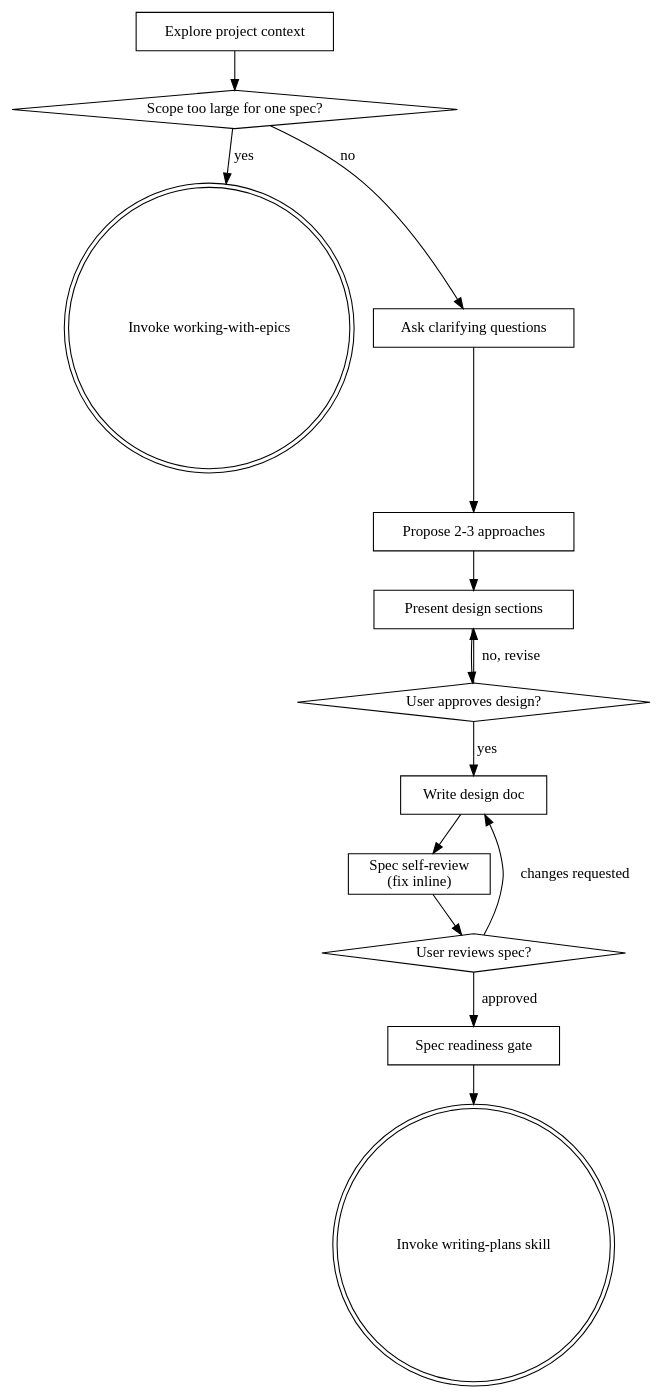
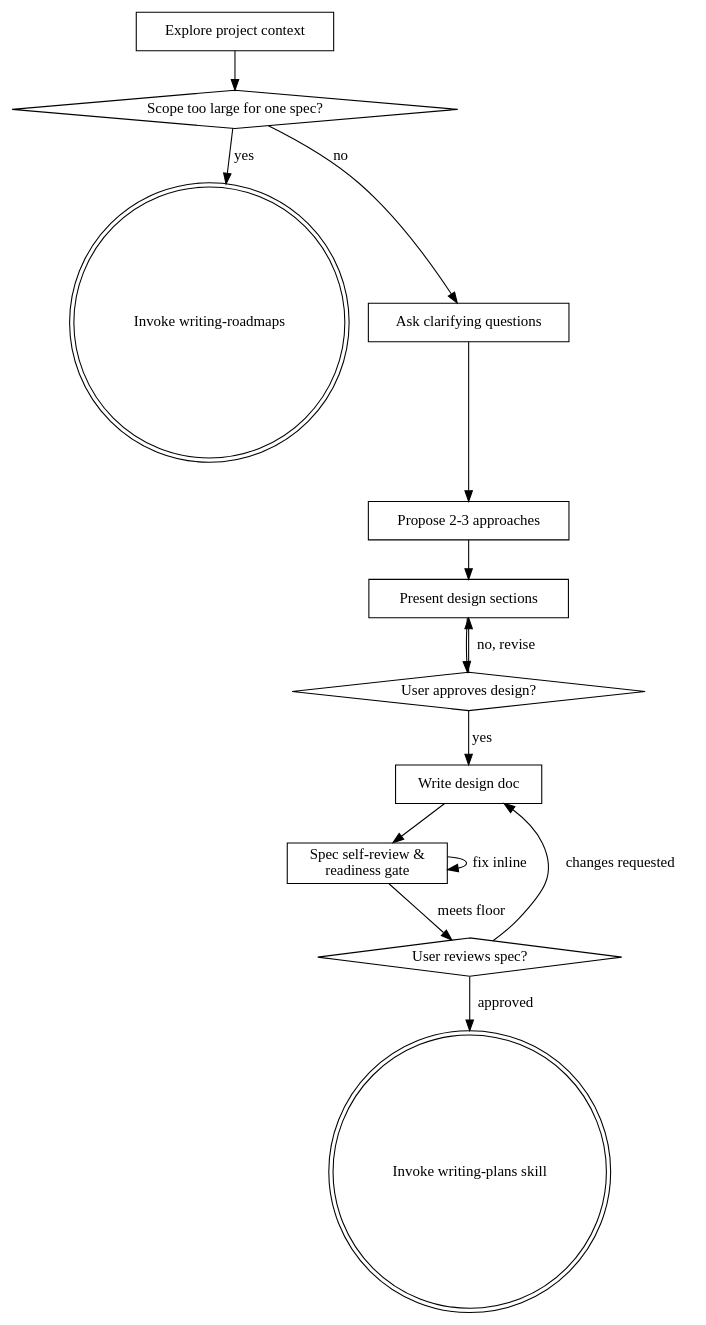
One commit to HarleyBartles/wild-bunch changed the diagram in .agents/skills/brainstorming/SKILL.md. Above: the diagram before and after it, drawn with Graphviz. The commit also changed other lines of this file and 716 other files, not shown here.

````diff
--- a/.agents/skills/brainstorming/SKILL.md
+++ b/.agents/skills/brainstorming/SKILL.md
@@ -62,30 +63,29 @@
 ```dot
 digraph brainstorming {
     "Explore project context" [shape=box];
     "Scope too large for one spec?" [shape=diamond];
-    "Invoke working-with-epics" [shape=doublecircle];
+    "Invoke writing-roadmaps" [shape=doublecircle];
     "Ask clarifying questions" [shape=box];
     "Propose 2-3 approaches" [shape=box];
     "Present design sections" [shape=box];
     "User approves design?" [shape=diamond];
     "Write design doc" [shape=box];
-    "Spec self-review\n(fix inline)" [shape=box];
+    "Spec self-review &\nreadiness gate" [shape=box];
     "User reviews spec?" [shape=diamond];
-    "Spec readiness gate" [shape=box];
     "Invoke writing-plans skill" [shape=doublecircle];
 
     "Explore project context" -> "Scope too large for one spec?";
-    "Scope too large for one spec?" -> "Invoke working-with-epics" [label="yes"];
+    "Scope too large for one spec?" -> "Invoke writing-roadmaps" [label="yes"];
     "Scope too large for one spec?" -> "Ask clarifying questions" [label="no"];
     "Ask clarifying questions" -> "Propose 2-3 approaches";
     "Propose 2-3 approaches" -> "Present design sections";
     "Present design sections" -> "User approves design?";
     "User approves design?" -> "Present design sections" [label="no, revise"];
     "User approves design?" -> "Write design doc" [label="yes"];
-    "Write design doc" -> "Spec self-review\n(fix inline)";
-    "Spec self-review\n(fix inline)" -> "User reviews spec?";
+    "Write design doc" -> "Spec self-review &\nreadiness gate";
+    "Spec self-review &\nreadiness gate" -> "Spec self-review &\nreadiness gate" [label="fix inline"];
+    "Spec self-review &\nreadiness gate" -> "User reviews spec?" [label="meets floor"];
     "User reviews spec?" -> "Write design doc" [label="changes requested"];
-    "User reviews spec?" -> "Spec readiness gate" [label="approved"];
-    "Spec readiness gate" -> "Invoke writing-plans skill";
+    "User reviews spec?" -> "Invoke writing-plans skill" [label="approved"];
 }
 ```
````
